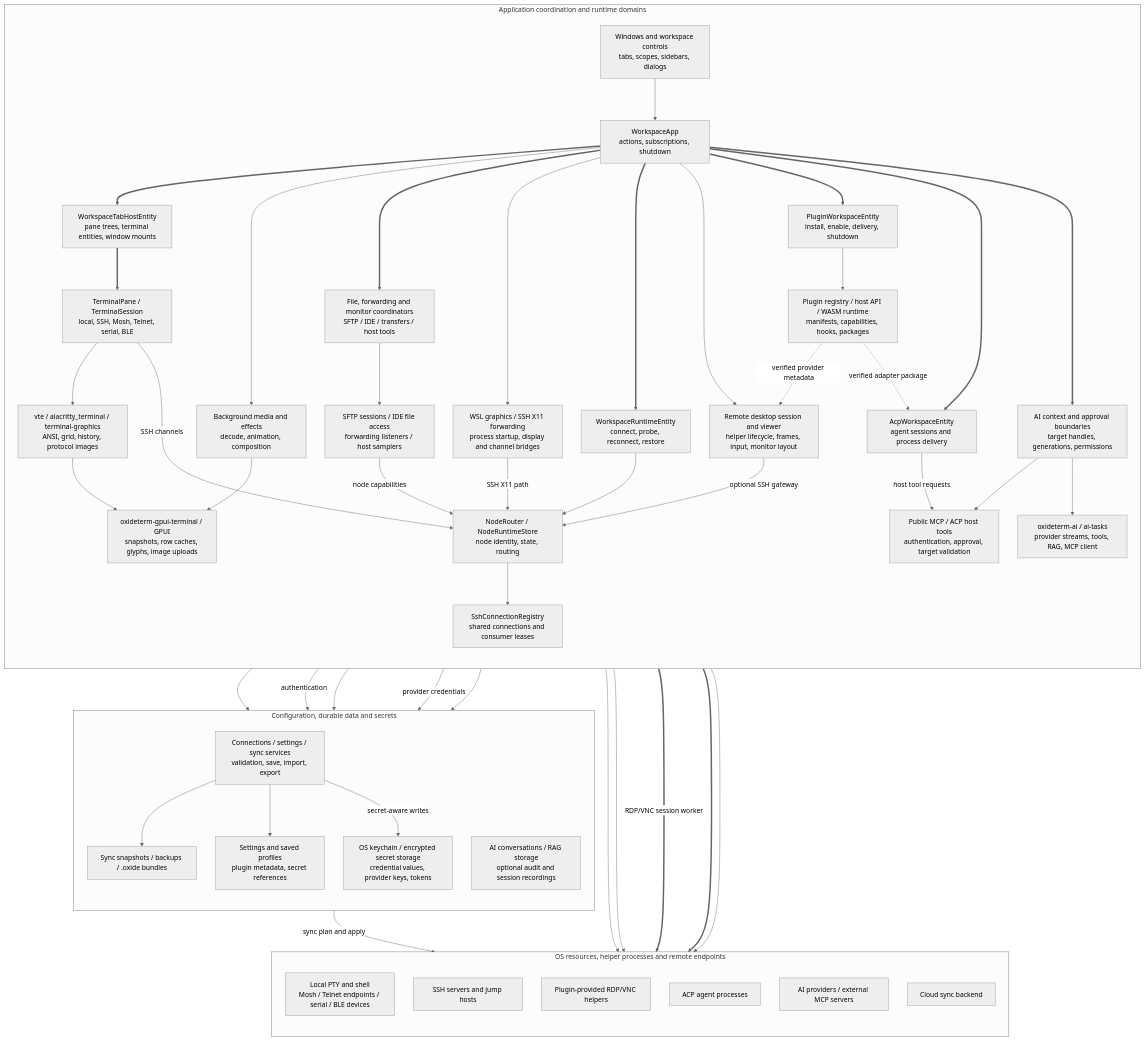
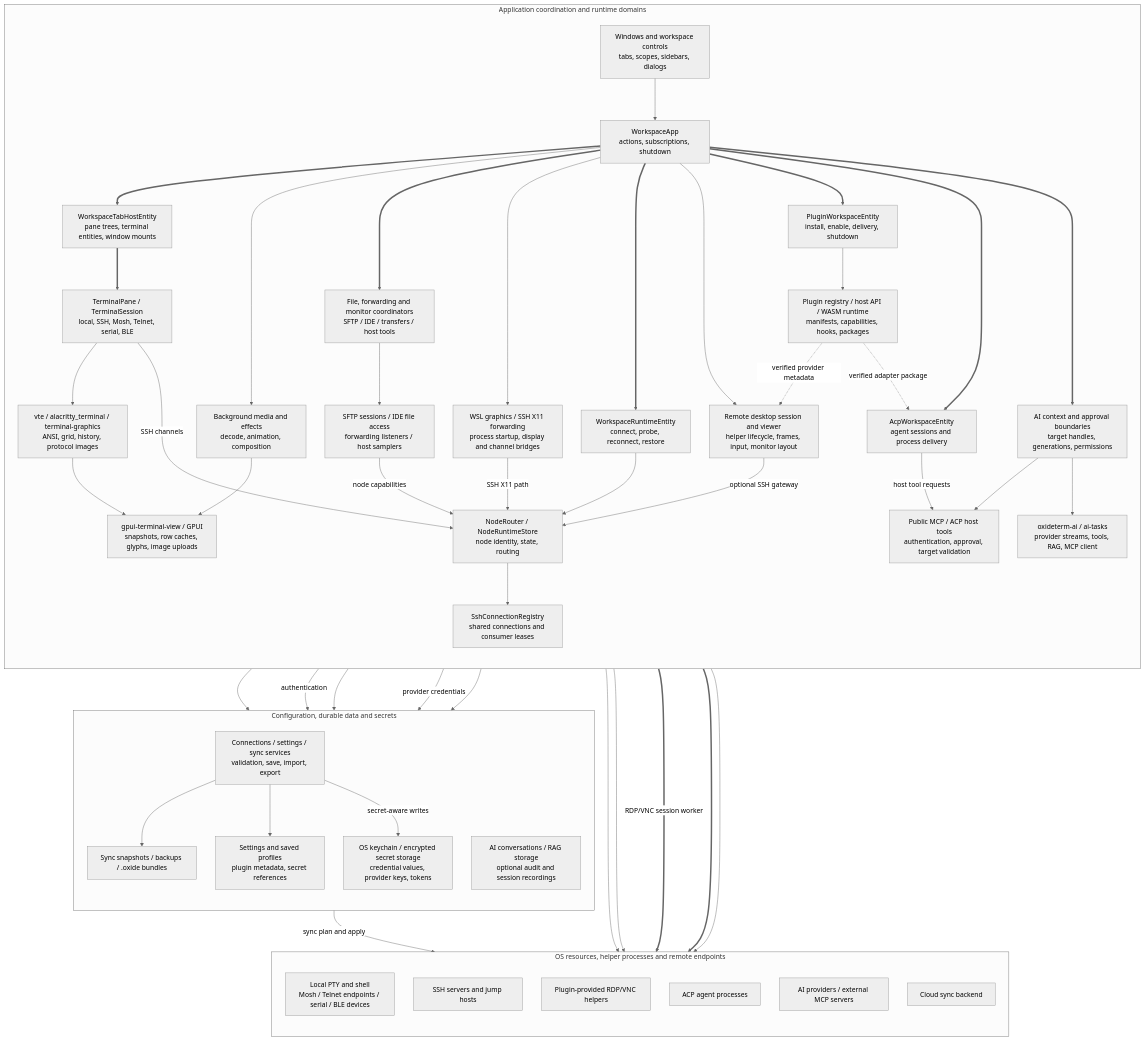
One commit to AnalyseDeCircuit/oxideterm changed the second of 46 diagrams in docs/user-guide/en/architecture.md. Above: the diagram before and after it, drawn with Mermaid (neutral theme). The commit also changed other lines of this file and 58 other files, not shown here.

```diff
--- a/docs/user-guide/en/architecture.md
+++ b/docs/user-guide/en/architecture.md
@@ -97,7 +107,7 @@
         Tabs["WorkspaceTabHostEntity<br/>pane trees, terminal entities, window mounts"]
         Terminal["TerminalPane / TerminalSession<br/>local, SSH, Mosh, Telnet, serial, BLE"]
         Grid["vte / alacritty_terminal / terminal-graphics<br/>ANSI, grid, history, protocol images"]
-        Paint["oxideterm-gpui-terminal / GPUI<br/>snapshots, row caches, glyphs, image uploads"]
+        Paint["gpui-terminal-view / GPUI<br/>snapshots, row caches, glyphs, image uploads"]
         Media["Background media and effects<br/>decode, animation, composition"]
         Services["File, forwarding and monitor coordinators<br/>SFTP / IDE / transfers / host tools"]
         Consumers["SFTP sessions / IDE file access<br/>forwarding listeners / host samplers"]
```
